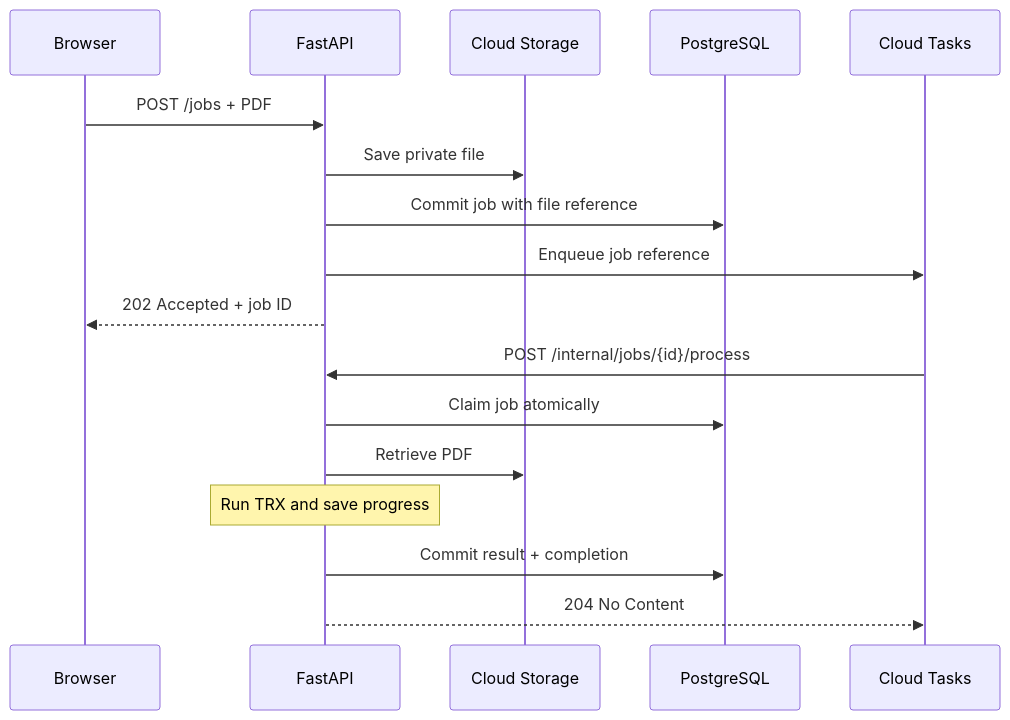
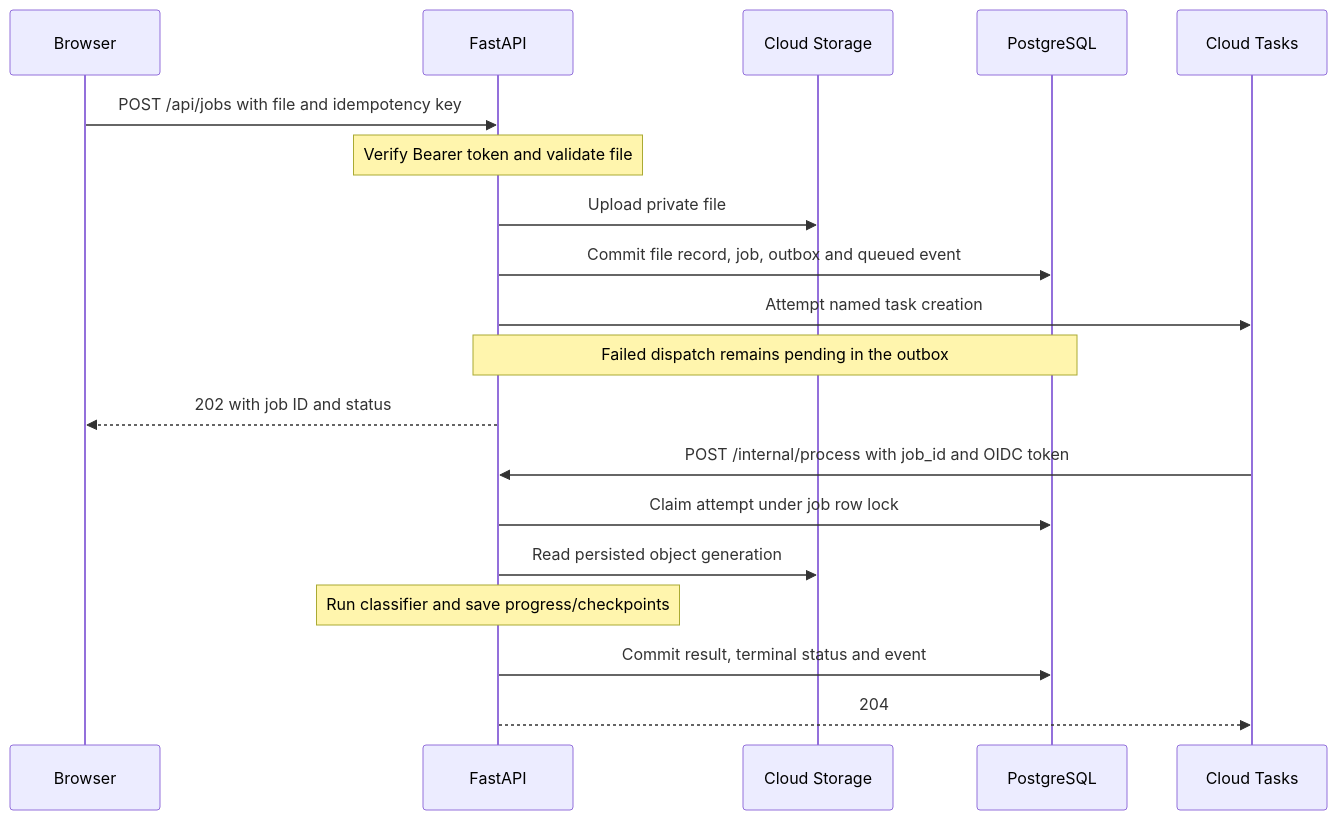
The second of 3 diagrams in docs/trx-system-design/01-architecture-and-services.md (gabrr/agent-trx-classifier), drawn with Mermaid before and after one commit. The commit also changed other lines of this file and 47 other files, not shown here.

````diff
--- a/docs/trx-system-design/01-architecture-and-services.md
+++ b/docs/trx-system-design/01-architecture-and-services.md
@@ -38,19 +30,21 @@
 ```mermaid
 sequenceDiagram
     participant B as Browser
     participant F as FastAPI
     participant S as Cloud Storage
     participant D as PostgreSQL
     participant Q as Cloud Tasks
-    B->>F: POST /jobs + PDF
-    F->>S: Save private file
-    F->>D: Commit job with file reference
-    F->>Q: Enqueue job reference
-    F-->>B: 202 Accepted + job ID
-    Q->>F: POST /internal/jobs/{id}/process
-    F->>D: Claim job atomically
-    F->>S: Retrieve PDF
-    Note over F: Run TRX and save progress
-    F->>D: Commit result + completion
-    F-->>Q: 204 No Content
+    B->>F: POST /api/jobs with file and idempotency key
+    Note over F: Verify Bearer token and validate file
+    F->>S: Upload private file
+    F->>D: Commit file record, job, outbox and queued event
+    F->>Q: Attempt named task creation
+    Note over F,D: Failed dispatch remains pending in the outbox
+    F-->>B: 202 with job ID and status
+    Q->>F: POST /internal/process with job_id and OIDC token
+    F->>D: Claim attempt under job row lock
+    F->>S: Read persisted object generation
+    Note over F: Run classifier and save progress/checkpoints
+    F->>D: Commit result, terminal status and event
+    F-->>Q: 204
 ```
````
